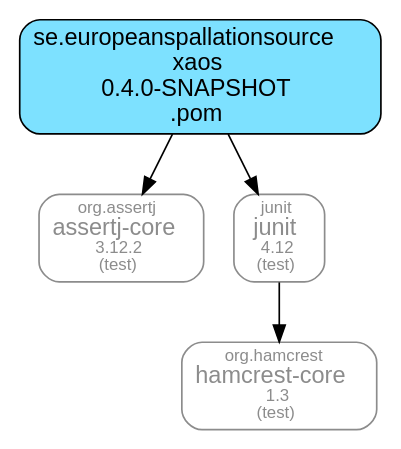
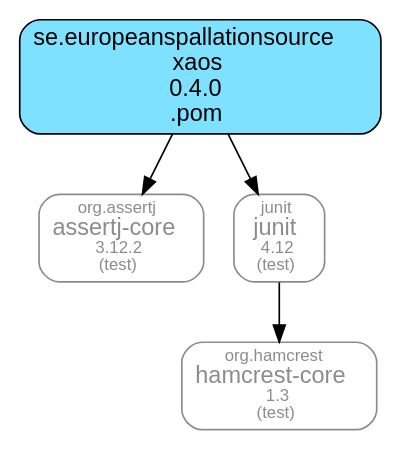
One commit to ESSICS/XAOS changed the diagram in doc/maven-dependencies.dot. Above: the diagram before and after it, drawn with Graphviz. The commit also changed 35 other files, not shown here.

```diff
--- a/doc/maven-dependencies.dot
+++ b/doc/maven-dependencies.dot
@@ -1,15 +1,15 @@
 digraph "xaos" {
   node [shape="box",style="rounded",fontname="Helvetica",fontsize="14"]
   edge [fontsize="10",fontname="Helvetica"]
 
   // Node Definitions:
-  "se.europeanspallationsource:xaos:pom"[shape="box",style="rounded, filled",fillcolor="#7DE1FF",label=<se.europeanspallationsource<br/>xaos<br/>0.4.0-SNAPSHOT<br/>.pom>]
+  "se.europeanspallationsource:xaos:pom"[shape="box",style="rounded, filled",fillcolor="#7DE1FF",label=<se.europeanspallationsource<br/>xaos<br/>0.4.0<br/>.pom>]
   "org.assertj:assertj-core:jar"[shape="box",style="rounded",color="grey55",fontname="Helvetica",fontsize="14",fontcolor="grey55",label=<<font color="grey55" point-size="10">org.assertj</font><br/>assertj-core<font color="grey55" point-size="10"><br/>3.12.2</font><font color="grey55" point-size="10"><br/>(test)</font>>]
   "junit:junit:jar"[shape="box",style="rounded",color="grey55",fontname="Helvetica",fontsize="14",fontcolor="grey55",label=<<font color="grey55" point-size="10">junit</font><br/>junit<font color="grey55" point-size="10"><br/>4.12</font><font color="grey55" point-size="10"><br/>(test)</font>>]
   "org.hamcrest:hamcrest-core:jar"[shape="box",style="rounded",color="grey55",fontname="Helvetica",fontsize="14",fontcolor="grey55",label=<<font color="grey55" point-size="10">org.hamcrest</font><br/>hamcrest-core<font color="grey55" point-size="10"><br/>1.3</font><font color="grey55" point-size="10"><br/>(test)</font>>]
 
   // Edge Definitions:
   "se.europeanspallationsource:xaos:pom" -> "org.assertj:assertj-core:jar"
   "junit:junit:jar" -> "org.hamcrest:hamcrest-core:jar"
   "se.europeanspallationsource:xaos:pom" -> "junit:junit:jar"
 }
```
